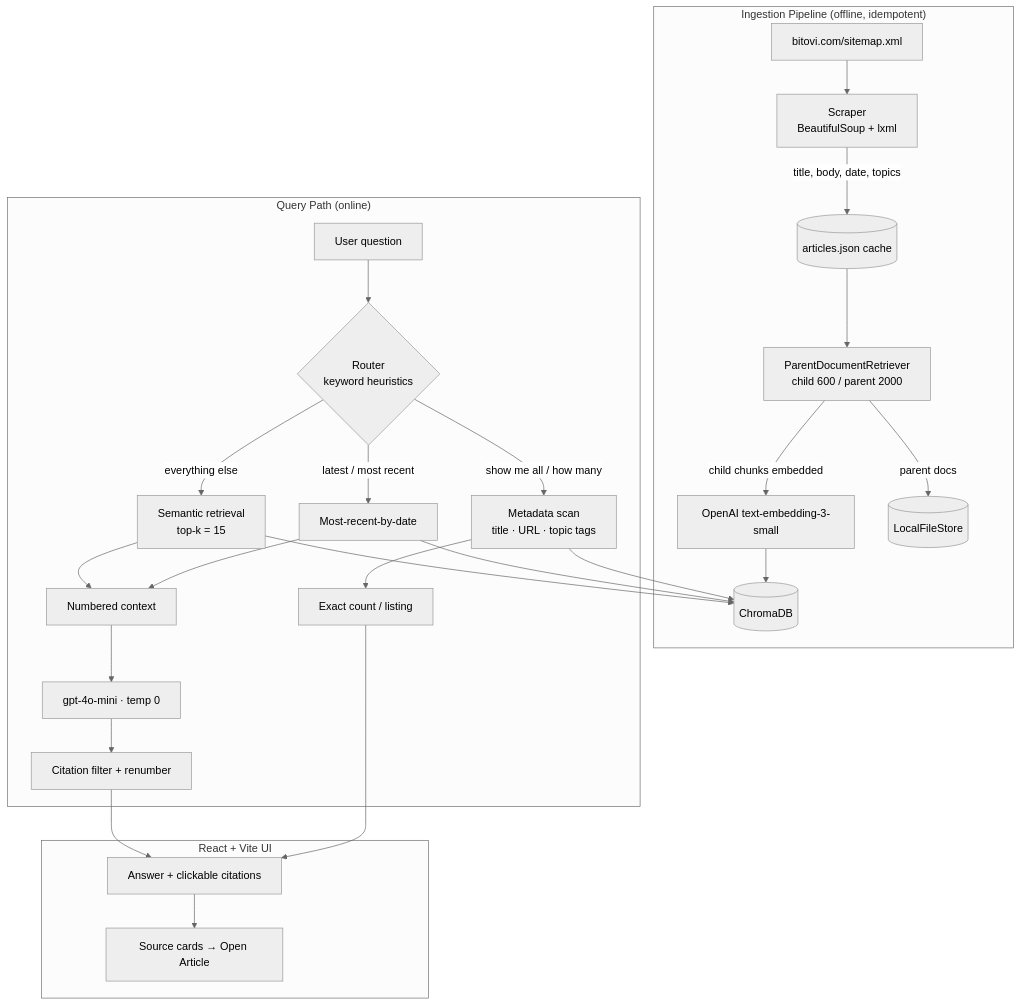
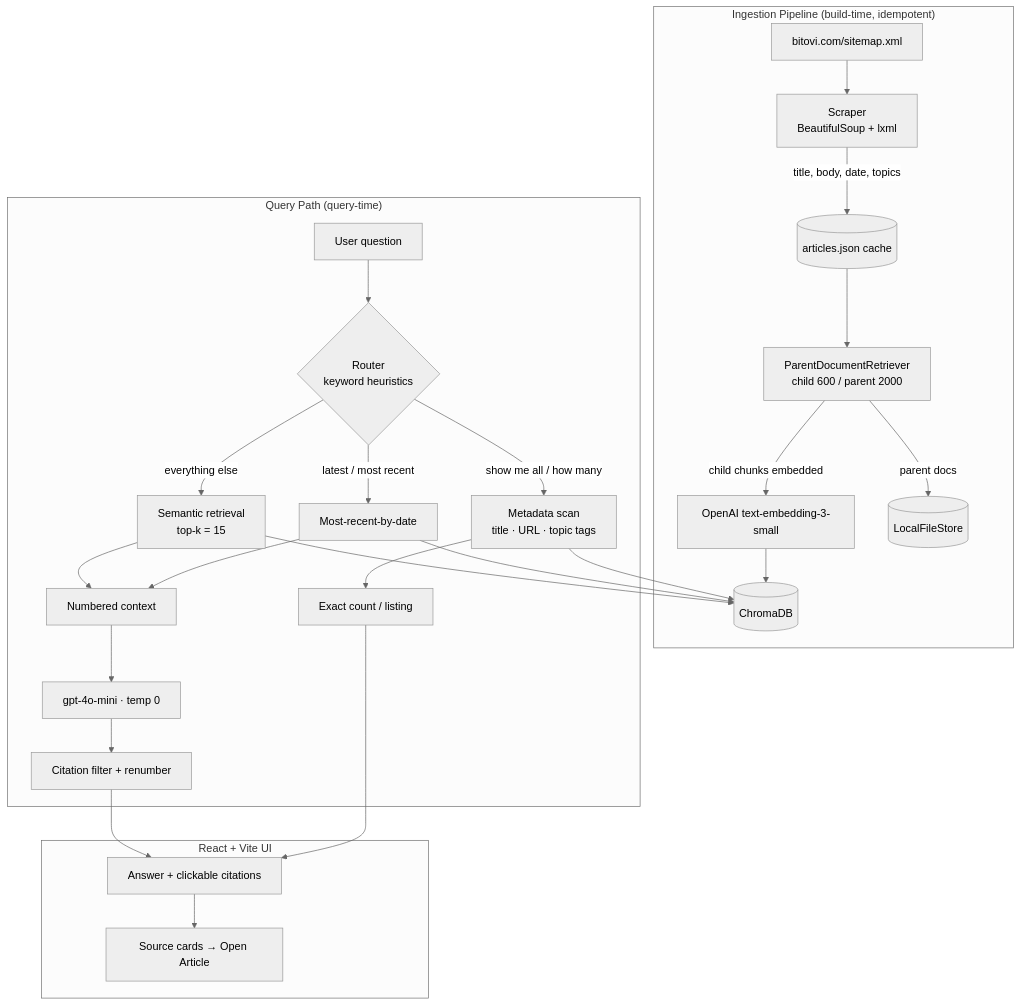
The diagram in README.md (i-Blaise/Bitovi-Blog-AI-Agent), drawn with Mermaid (neutral theme) before and after one commit. The commit also changed other lines of this file and 1 other file, not shown here.

Commit message:
docs: clarify build-time vs query-time architecture and update re-ingestion instructions in IngestionPanel

````diff
--- a/README.md
+++ b/README.md
@@ -30,31 +30,31 @@
 ```mermaid
 flowchart TD
-    subgraph Ingestion["Ingestion Pipeline (offline, idempotent)"]
+    subgraph Ingestion["Ingestion Pipeline (build-time, idempotent)"]
         SM[bitovi.com/sitemap.xml] --> SC[Scraper<br/>BeautifulSoup + lxml]
         SC -->|title, body, date, topics| AJ[(articles.json cache)]
         AJ --> CH[ParentDocumentRetriever<br/>child 600 / parent 2000]
         CH -->|child chunks embedded| EMB[OpenAI text-embedding-3-small]
         EMB --> VS[(ChromaDB)]
         CH -->|parent docs| DS[(LocalFileStore)]
     end
 
-    subgraph Query["Query Path (online)"]
+    subgraph Query["Query Path (query-time)"]
         Q[User question] --> R{Router<br/>keyword heuristics}
         R -->|"show me all / how many"| MD[Metadata scan<br/>title · URL · topic tags]
         R -->|"latest / most recent"| RC[Most-recent-by-date]
         R -->|everything else| SEM[Semantic retrieval<br/>top-k = 15]
         SEM --> VS
         RC --> VS
         MD --> VS
         SEM --> CTX[Numbered context] --> LLM[gpt-4o-mini · temp 0]
         RC --> CTX
         LLM --> CITE[Citation filter + renumber]
         MD --> LIST[Exact count / listing]
     end
 
     subgraph UI["React + Vite UI"]
         CITE --> ANS[Answer + clickable citations]
         LIST --> ANS
         ANS --> CARDS[Source cards → Open Article]
     end
 ```
````
